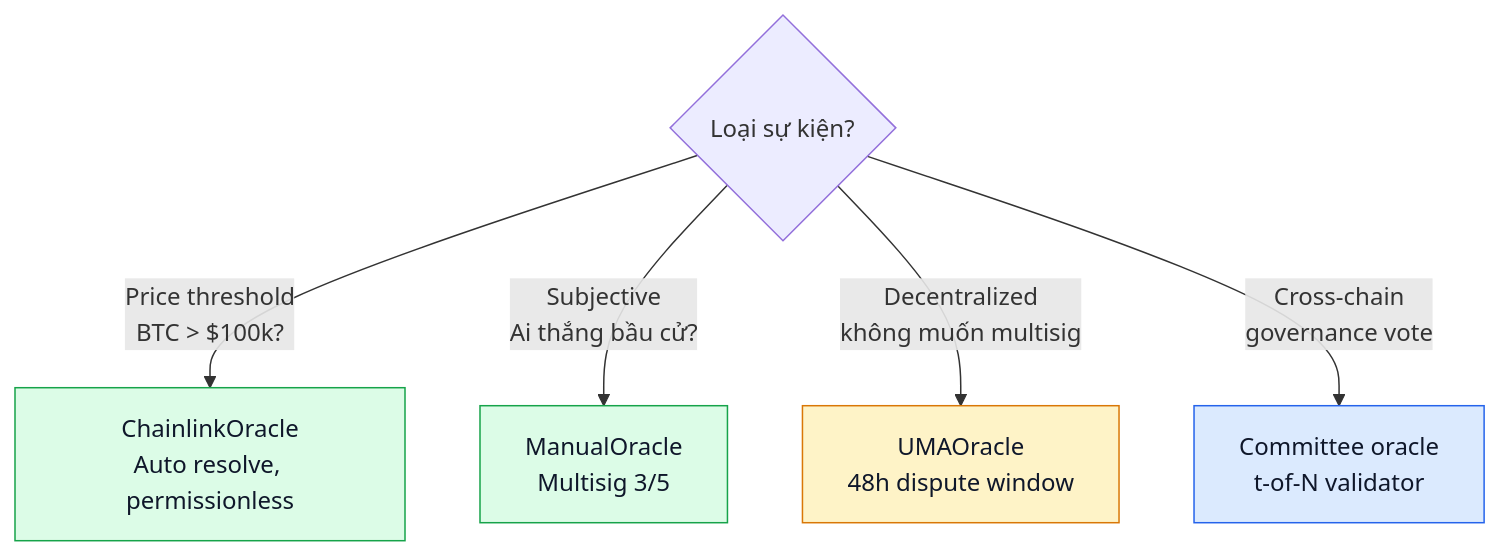
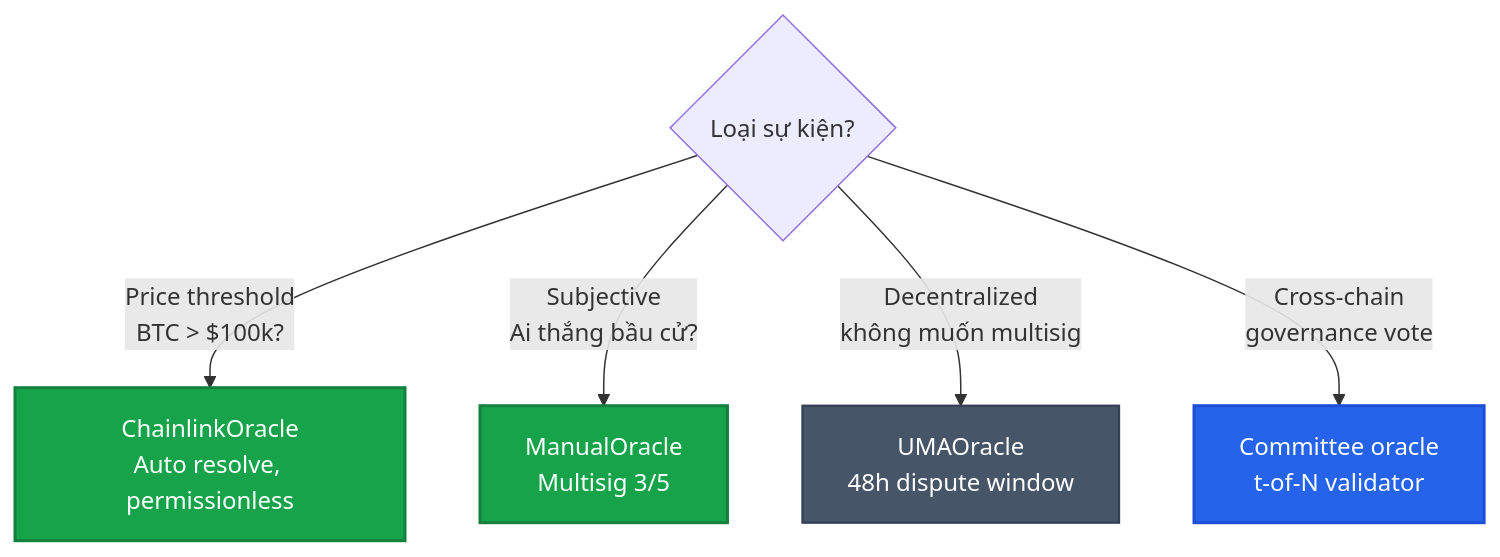
One commit to PrediX-Protocol/predix-docs changed the second of 5 diagrams in vi_v6/khai-niem/resolution.md. Above: the diagram before and after it, drawn with Mermaid. The commit also changed other lines of this file and 32 other files, not shown here.

First line of the commit message:
docs(vi_v6): redesign Mermaid theme — solid mid-tone palette + dark theme

````diff
--- a/vi_v6/khai-niem/resolution.md
+++ b/vi_v6/khai-niem/resolution.md
@@ -32,15 +32,15 @@
 ```mermaid
 flowchart TB
     Q{Loại sự kiện?}
     Q -->|Price threshold<br/>BTC > $100k?| Chain[ChainlinkOracle<br/>Auto resolve, permissionless]
     Q -->|Subjective<br/>Ai thắng bầu cử?| Manual[ManualOracle<br/>Multisig 3/5]
     Q -->|Decentralized<br/>không muốn multisig| UMA[UMAOracle<br/>48h dispute window]
     Q -->|Cross-chain<br/>governance vote| Committee[Committee oracle<br/>t-of-N validator]
 
-    classDef p1 fill:#dcfce7,stroke:#16a34a,color:#0f172a
-    classDef p2 fill:#fef3c7,stroke:#d97706,color:#0f172a
-    classDef p3 fill:#dbeafe,stroke:#2563eb,color:#0f172a
+    classDef p1 fill:#16a34a,stroke:#15803d,color:#fff,stroke-width:2px
+    classDef p2 fill:#475569,stroke:#334155,color:#fff,stroke-width:1.5px
+    classDef p3 fill:#2563eb,stroke:#1d4ed8,color:#fff,stroke-width:2px
     class Chain,Manual p1
     class UMA p2
     class Committee p3
 ```
````
